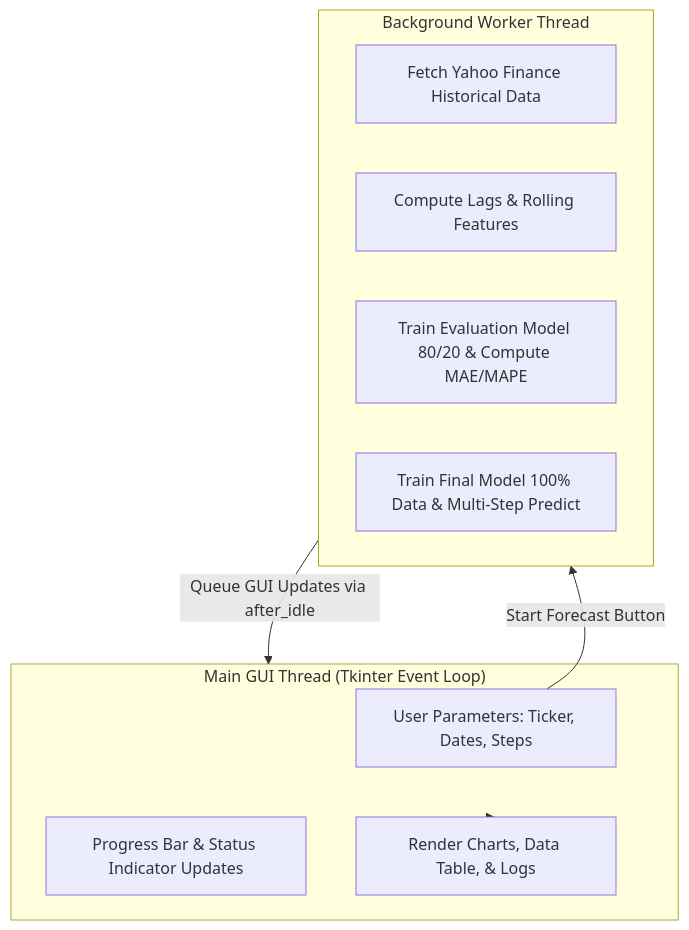
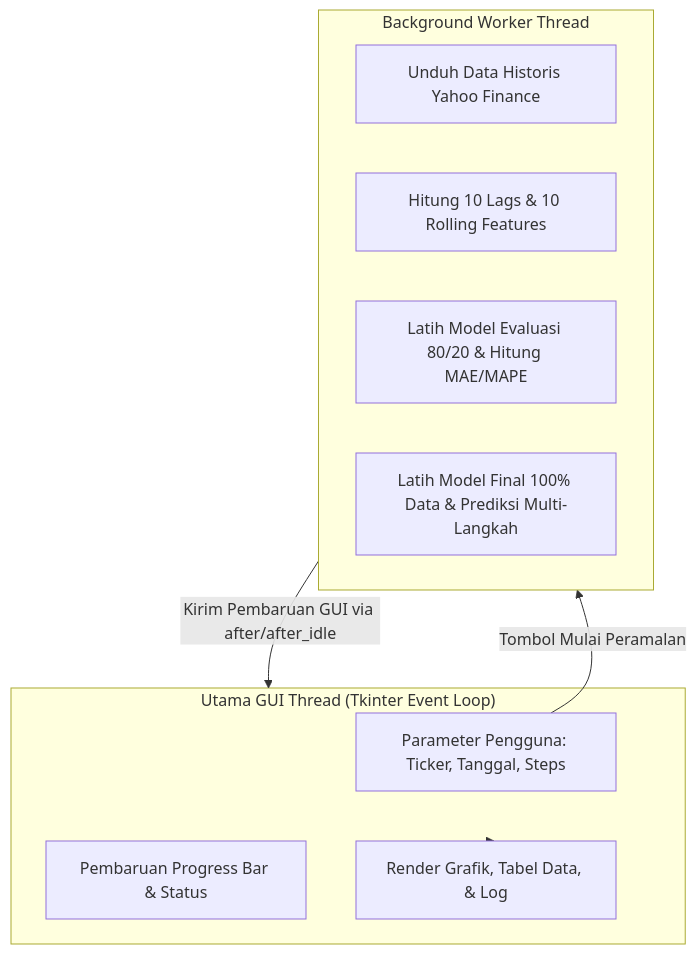
Before and after one commit to Cahyo-Wisanggeni/Yahoo-Finance-Forecaster: the diagram in Yahoo Finance Forecaster GUI/README.md, drawn with Mermaid. The commit also changed other lines of this file and 6 other files, not shown here.

````diff
--- a/Yahoo Finance Forecaster GUI/README.md
+++ b/Yahoo Finance Forecaster GUI/README.md
@@ -81,19 +81,19 @@
 ```mermaid
 flowchart TD
-    subgraph UI ["Main GUI Thread (Tkinter Event Loop)"]
-        A[User Parameters: Ticker, Dates, Steps]
-        B[Progress Bar & Status Indicator Updates]
-        C[Render Charts, Data Table, & Logs]
+    subgraph UI ["Utama GUI Thread (Tkinter Event Loop)"]
+        A[Parameter Pengguna: Ticker, Tanggal, Steps]
+        B[Pembaruan Progress Bar & Status]
+        C[Render Grafik, Tabel Data, & Log]
     end
 
     subgraph Worker ["Background Worker Thread"]
-        D[Fetch Yahoo Finance Historical Data]
-        E[Compute Lags & Rolling Features]
-        F[Train Evaluation Model 80/20 & Compute MAE/MAPE]
-        G[Train Final Model 100% Data & Multi-Step Predict]
+        D[Unduh Data Historis Yahoo Finance]
+        E[Hitung 10 Lags & 10 Rolling Features]
+        F[Latih Model Evaluasi 80/20 & Hitung MAE/MAPE]
+        G[Latih Model Final 100% Data & Prediksi Multi-Langkah]
     end
 
-    A -->|Start Forecast Button| Worker
-    Worker -->|Queue GUI Updates via after_idle| UI
+    A -->|Tombol Mulai Peramalan| Worker
+    Worker -->|Kirim Pembaruan GUI via after/after_idle| UI
     UI --> C
 ```
````
